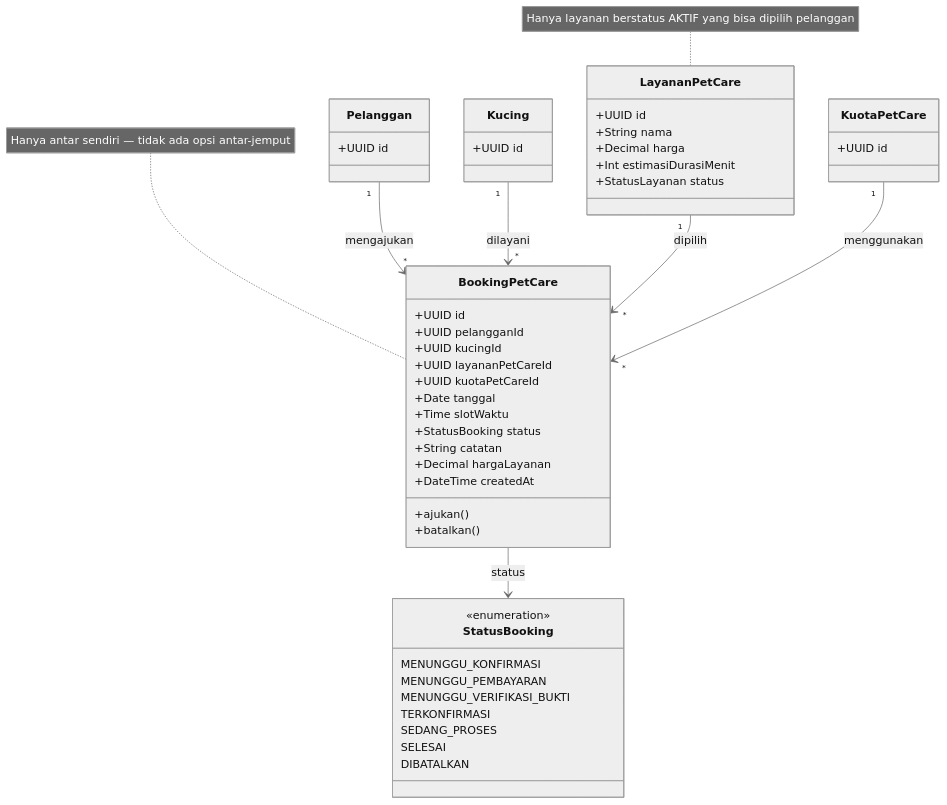
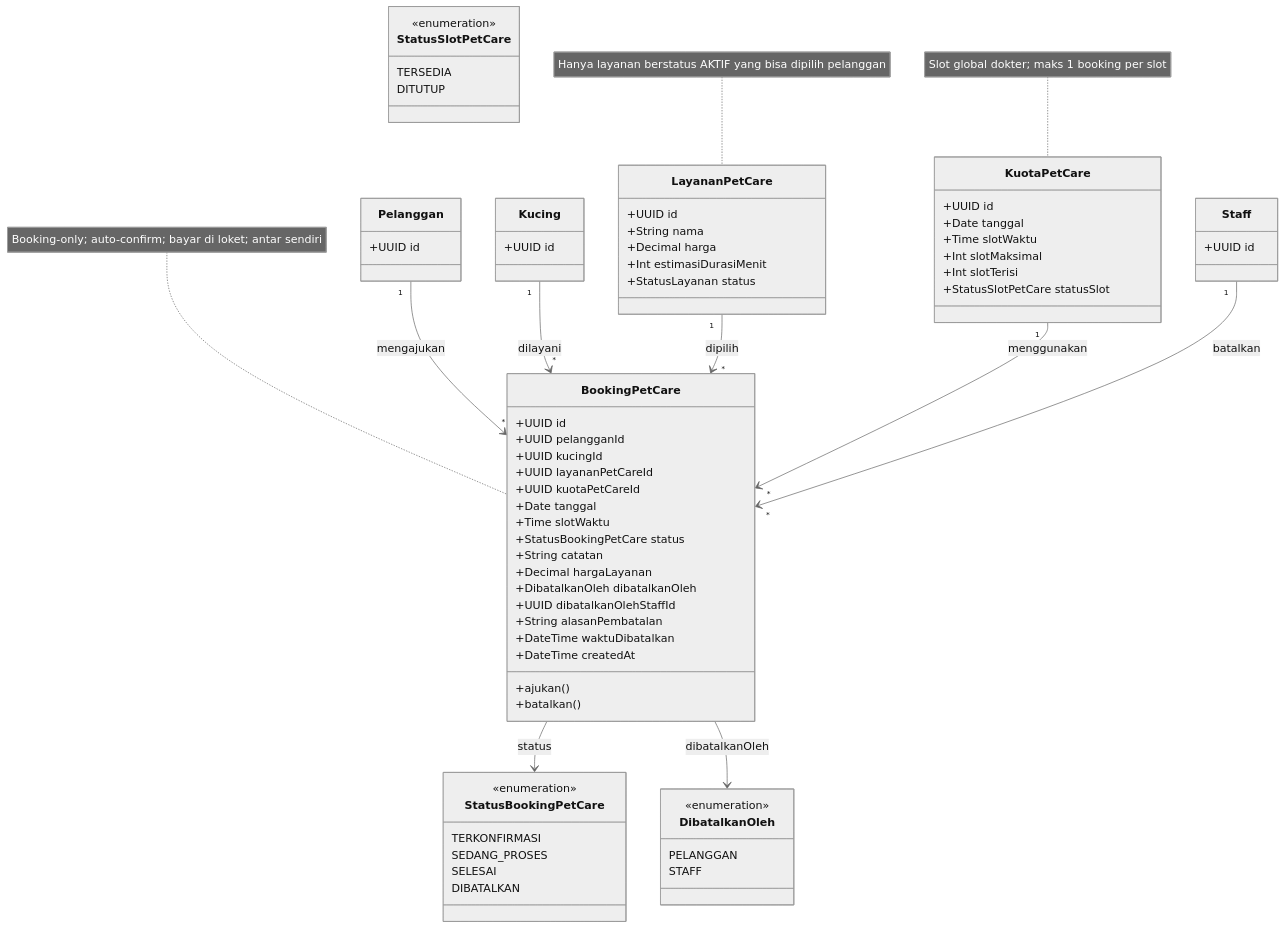
Before and after one commit to nonamebkz/pet-hotel: the seventh of 11 diagrams in diagrams/class/class-diagram.md, drawn with Mermaid (neutral theme). The commit also changed other lines of this file and 13 other files, not shown here.

````diff
--- a/diagrams/class/class-diagram.md
+++ b/diagrams/class/class-diagram.md
@@ -603,9 +611,13 @@
         +UUID kuotaPetCareId
         +Date tanggal
         +Time slotWaktu
-        +StatusBooking status
+        +StatusBookingPetCare status
         +String catatan
         +Decimal hargaLayanan
+        +DibatalkanOleh dibatalkanOleh
+        +UUID dibatalkanOlehStaffId
+        +String alasanPembatalan
+        +DateTime waktuDibatalkan
         +DateTime createdAt
         +ajukan()
         +batalkan()
@@ -621,6 +633,11 @@
 
     class KuotaPetCare {
         +UUID id
+        +Date tanggal
+        +Time slotWaktu
+        +Int slotMaksimal
+        +Int slotTerisi
+        +StatusSlotPetCare statusSlot
     }
 
     class Pelanggan {
@@ -631,23 +648,39 @@
         +UUID id
     }
 
-    class StatusBooking {
+    class Staff {
+        +UUID id
+    }
+
+    class StatusBookingPetCare {
         <<enumeration>>
-        MENUNGGU_KONFIRMASI
-        MENUNGGU_PEMBAYARAN
-        MENUNGGU_VERIFIKASI_BUKTI
         TERKONFIRMASI
         SEDANG_PROSES
         SELESAI
         DIBATALKAN
     }
 
+    class DibatalkanOleh {
+        <<enumeration>>
+        PELANGGAN
+        STAFF
+    }
+
+    class StatusSlotPetCare {
+        <<enumeration>>
+        TERSEDIA
+        DITUTUP
+    }
+
     Pelanggan "1" --> "*" BookingPetCare : mengajukan
     Kucing "1" --> "*" BookingPetCare : dilayani
     LayananPetCare "1" --> "*" BookingPetCare : dipilih
     KuotaPetCare "1" --> "*" BookingPetCare : menggunakan
-    BookingPetCare --> StatusBooking : status
+    Staff "1" --> "*" BookingPetCare : batalkan
+    BookingPetCare --> StatusBookingPetCare : status
+    BookingPetCare --> DibatalkanOleh : dibatalkanOleh
 
-    note for BookingPetCare "Hanya antar sendiri — tidak ada opsi antar-jemput"
+    note for BookingPetCare "Booking-only; auto-confirm; bayar di loket; antar sendiri"
+    note for KuotaPetCare "Slot global dokter; maks 1 booking per slot"
     note for LayananPetCare "Hanya layanan berstatus AKTIF yang bisa dipilih pelanggan"
 ```
````
